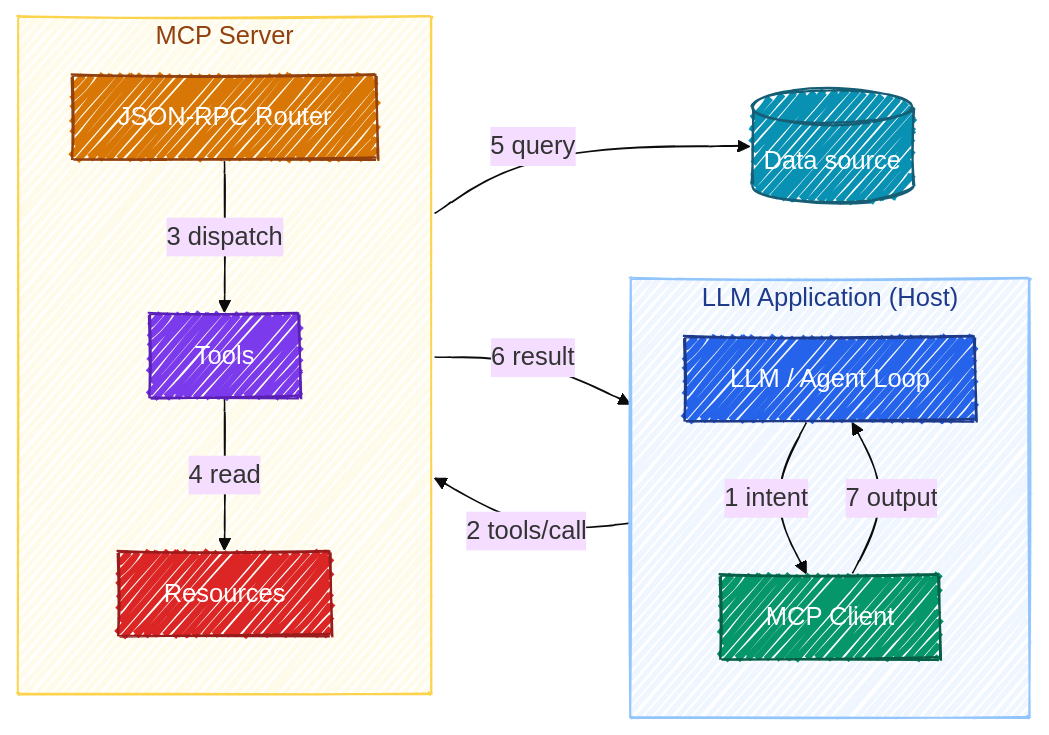
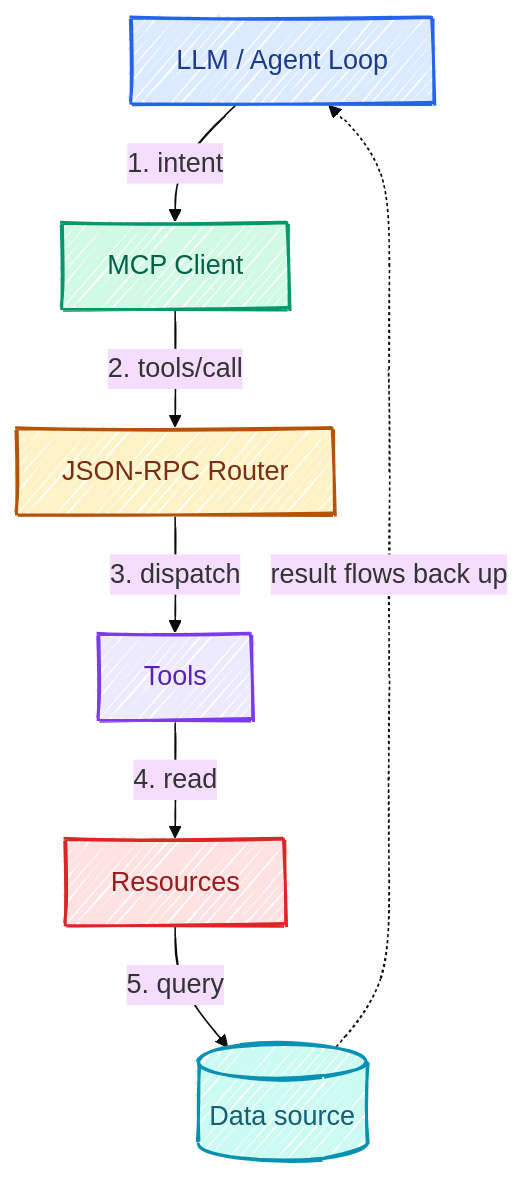
The diagram in _posts/2026-09-21-mcp-protocol-best-practices.md (rafique1990/rafique1990.github.io), drawn with Mermaid before and after one commit.

Commit message:
fix MCP diagram: vertical layout, readable pastel nodes, larger text
The left-to-right chain was squished and unreadable. Switch to a
top-down flow with pastel fills and dark labels, larger handwriting
font, keeping the hand-drawn look.

````diff
--- a/_posts/2026-09-21-mcp-protocol-best-practices.md
+++ b/_posts/2026-09-21-mcp-protocol-best-practices.md
@@ -37,48 +37,31 @@
 ```mermaid
 ---
 config:
   look: handDrawn
   theme: base
   themeVariables:
     fontFamily: '"Kalam", cursive'
-    fontSize: "17px"
+    fontSize: "18px"
 ---
-flowchart LR
-    subgraph Host["LLM Application (Host)"]
-        direction TB
-        LLM["LLM / Agent Loop"]
-        Client["MCP Client"]
-    end
-    subgraph Server["MCP Server"]
-        direction TB
-        Router["JSON-RPC Router"]
-        Tools["Tools"]
-        Res["Resources"]
-    end
-    DB[("Data source")]
+flowchart TB
+    LLM["LLM / Agent Loop"]:::blue
+    Client["MCP Client"]:::green
+    Router["JSON-RPC Router"]:::amber
+    Tools["Tools"]:::violet
+    Res["Resources"]:::red
+    DB[("Data source")]:::teal
 
-    LLM -->|"1 intent"| Client
-    Client -->|"2 tools/call"| Router
-    Router -->|"3 dispatch"| Tools
-    Tools -->|"4 read"| Res
-    Res -->|"5 query"| DB
-    Router -->|"6 result"| Client
-    Client -->|"7 output"| LLM
+    LLM -->|"1. intent"| Client
+    Client -->|"2. tools/call"| Router
+    Router -->|"3. dispatch"| Tools
+    Tools -->|"4. read"| Res
+    Res -->|"5. query"| DB
+    DB -.->|"result flows back up"| LLM
 
-    classDef blue   fill:#2563EB,stroke:#1E3A8A,stroke-width:1.5px,color:#ffffff;
-    classDef green  fill:#059669,stroke:#065F46,stroke-width:1.5px,color:#ffffff;
-    classDef amber  fill:#D97706,stroke:#92400E,stroke-width:1.5px,color:#ffffff;
-    classDef violet fill:#7C3AED,stroke:#5B21B6,stroke-width:1.5px,color:#ffffff;
-    classDef red    fill:#DC2626,stroke:#991B1B,stroke-width:1.5px,color:#ffffff;
-    classDef teal   fill:#0891B2,stroke:#155E75,stroke-width:1.5px,color:#ffffff;
-
-    class LLM blue
-    class Client green
-    class Router amber
-    class Tools violet
-    class Res red
-    class DB teal
-
-    style Host fill:#EFF6FF,stroke:#93C5FD,color:#1E3A8A
-    style Server fill:#FFFBEB,stroke:#FCD34D,color:#92400E
+    classDef blue fill:#DBEAFE,stroke:#2563EB,stroke-width:2px,color:#1E3A8A;
+    classDef green fill:#D1FAE5,stroke:#059669,stroke-width:2px,color:#065F46;
+    classDef amber fill:#FEF3C7,stroke:#B45309,stroke-width:2px,color:#7C2D12;
+    classDef violet fill:#EDE9FE,stroke:#7C3AED,stroke-width:2px,color:#5B21B6;
+    classDef red fill:#FEE2E2,stroke:#DC2626,stroke-width:2px,color:#991B1B;
+    classDef teal fill:#CCFBF1,stroke:#0891B2,stroke-width:2px,color:#155E75;
 ```
````
